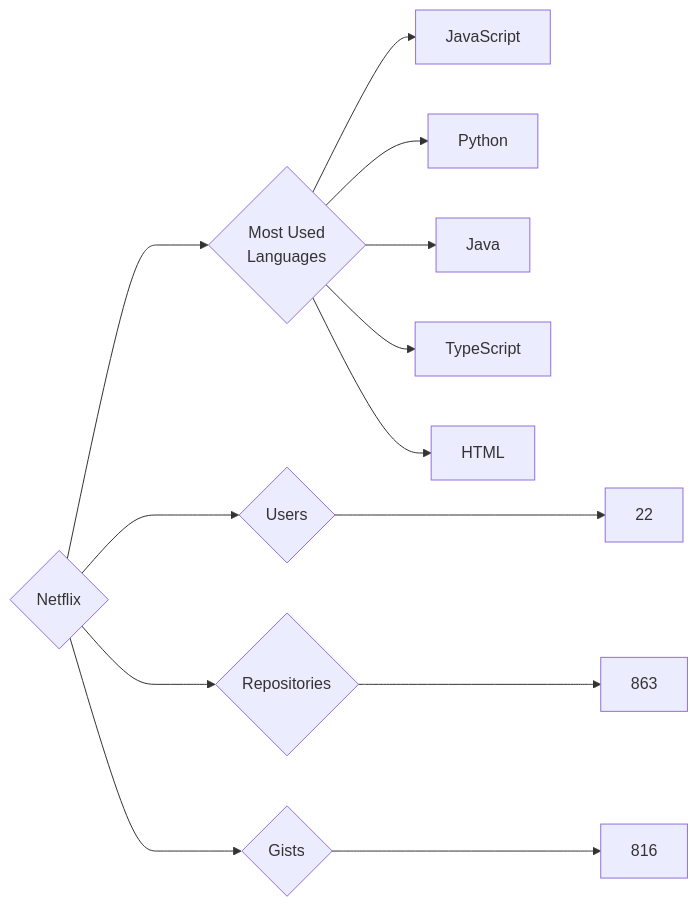
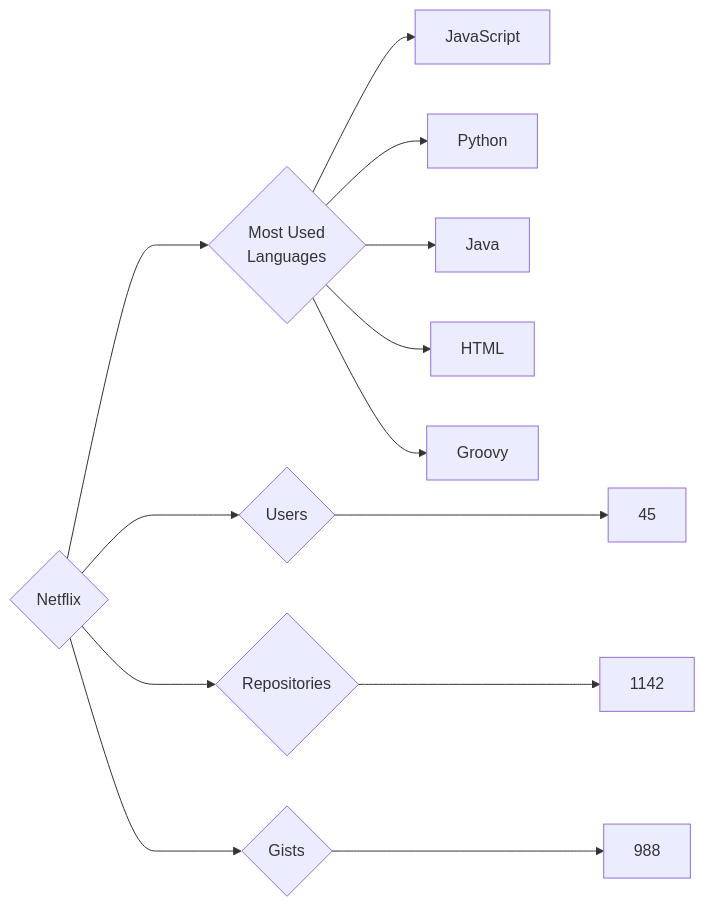
Before and after one commit to trickest/insiders: the diagram in targets/Netflix/README.md, drawn with Mermaid. The commit also changed 878 other files, not shown here.

````diff
--- a/targets/Netflix/README.md
+++ b/targets/Netflix/README.md
@@ -3,13 +3,13 @@
 ```mermaid
 graph LR
 COMPANY_NAME{Netflix}
-COMPANY_NAME ---> U{Users} ---> UN[22]
-COMPANY_NAME ---> R{Repositories} ---> RN[863]
-COMPANY_NAME ---> G{Gists} ---> GN[816]
+COMPANY_NAME ---> U{Users} ---> UN[45]
+COMPANY_NAME ---> R{Repositories} ---> RN[1142]
+COMPANY_NAME ---> G{Gists} ---> GN[988]
 COMPANY_NAME ---> ML{Most Used<br>Languages}
 ML --> JavaScript[JavaScript]
 ML --> Python[Python]
 ML --> Java[Java]
-ML --> TypeScript[TypeScript]
 ML --> HTML[HTML]
+ML --> Groovy[Groovy]
 ```
````
